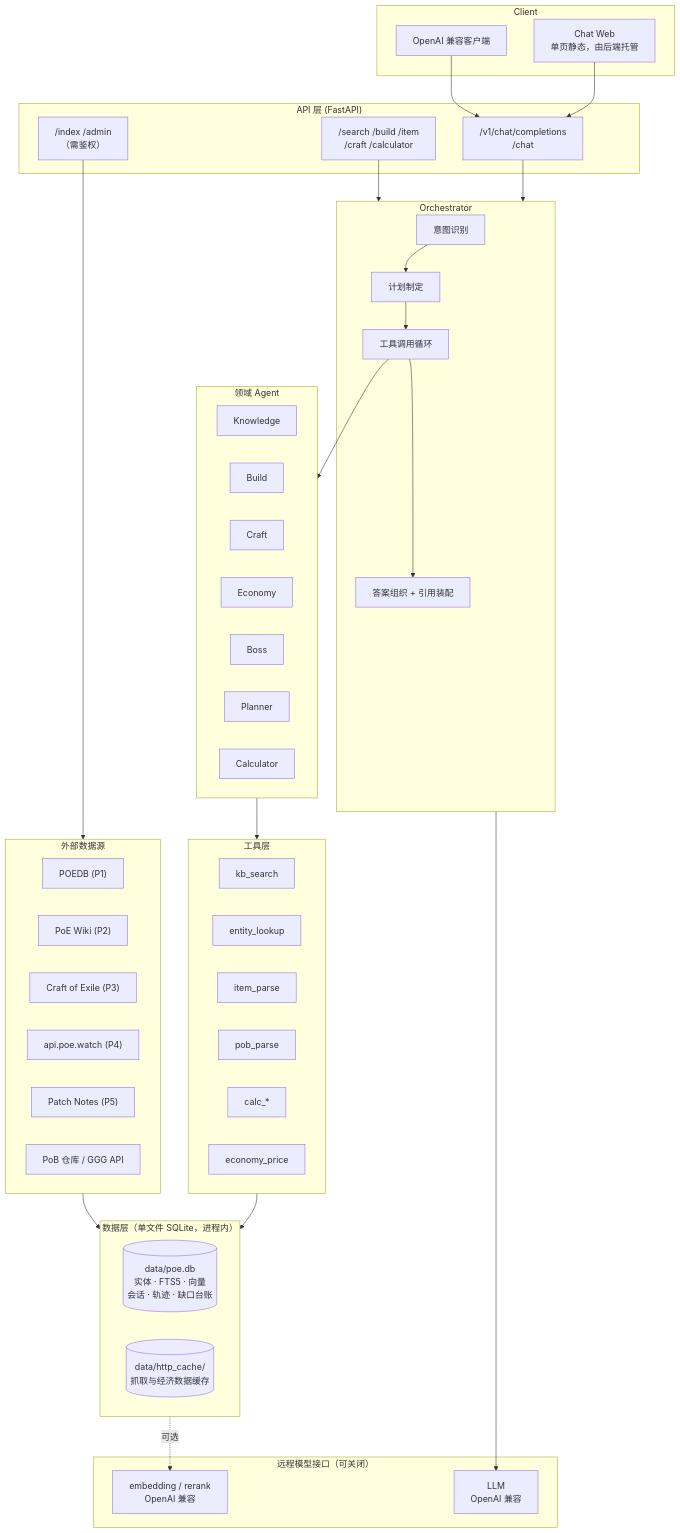
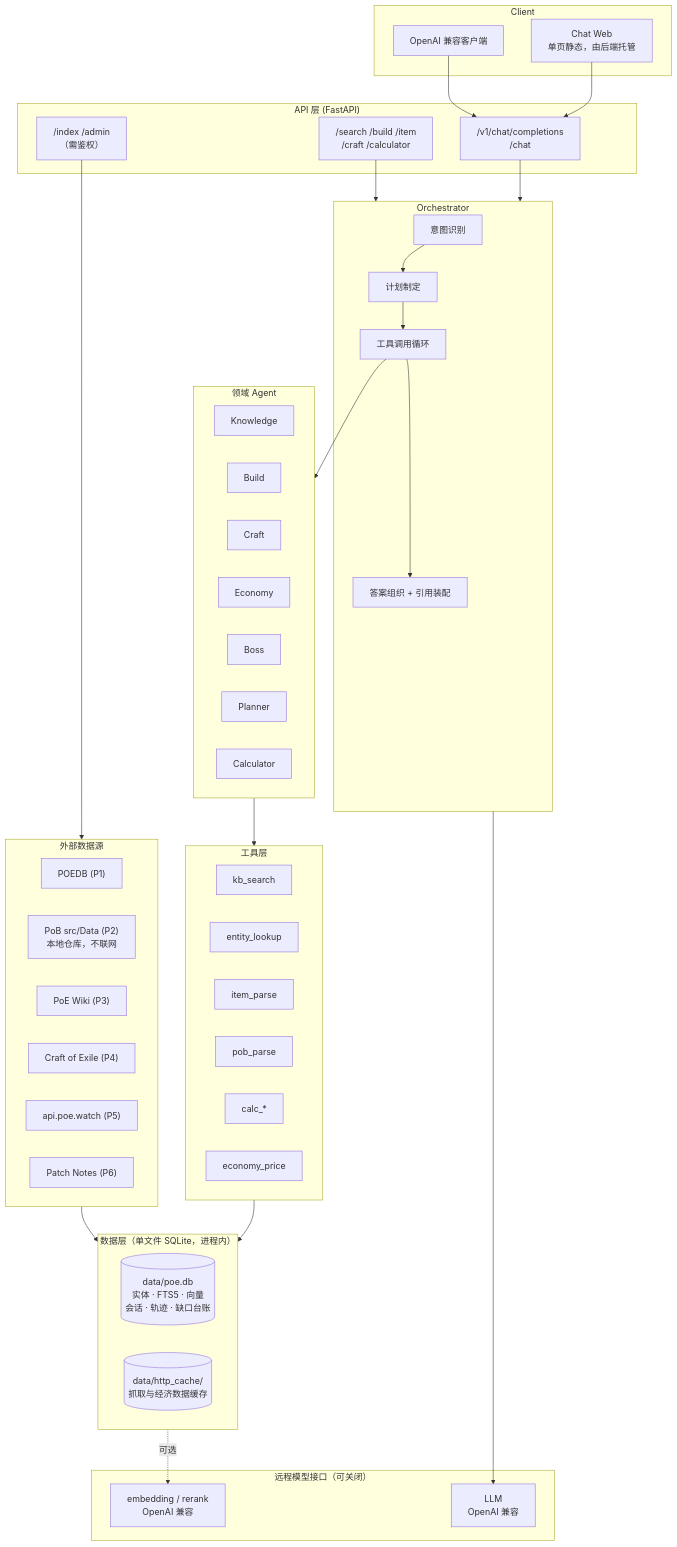
The first of 3 diagrams in .kiro/specs/poe1-agent/design.md (wangyy2113/poe-agent), drawn with Mermaid before and after one commit. The commit also changed other lines of this file and 15 other files, not shown here.

````diff
--- a/.kiro/specs/poe1-agent/design.md
+++ b/.kiro/specs/poe1-agent/design.md
@@ -34,71 +34,71 @@
 ```mermaid
 graph TB
     subgraph Client
         WEB["Chat Web<br/>单页静态，由后端托管"]
         OAI["OpenAI 兼容客户端"]
     end
 
     subgraph API["API 层 (FastAPI)"]
         CHAT["/v1/chat/completions<br/>/chat"]
         BIZ["/search /build /item<br/>/craft /calculator"]
         ADMIN["/index /admin<br/>（需鉴权）"]
     end
 
     subgraph ORCH["Orchestrator"]
         INTENT["意图识别"]
         PLAN["计划制定"]
         LOOP["工具调用循环"]
         COMPOSE["答案组织 + 引用装配"]
     end
 
     subgraph AGENTS["领域 Agent"]
         KA["Knowledge"]
         BA["Build"]
         CA["Craft"]
         EA["Economy"]
         BOSS["Boss"]
         PA["Planner"]
         CALC["Calculator"]
     end
 
     subgraph TOOLS["工具层"]
         T1["kb_search"]
         T2["entity_lookup"]
         T3["item_parse"]
         T4["pob_parse"]
         T5["calc_*"]
         T6["economy_price"]
     end
 
     subgraph DATA["数据层（单文件 SQLite，进程内）"]
         DB[("data/poe.db<br/>实体 · FTS5 · 向量<br/>会话 · 轨迹 · 缺口台账")]
         CACHE[("data/http_cache/<br/>抓取与经济数据缓存")]
     end
 
     subgraph REMOTE["远程模型接口（可关闭）"]
         EMB["embedding / rerank<br/>OpenAI 兼容"]
         LLMS["LLM<br/>OpenAI 兼容"]
     end
 
     subgraph EXT["外部数据源"]
         POEDB["POEDB (P1)"]
-        WIKI["PoE Wiki (P2)"]
-        COE["Craft of Exile (P3)"]
-        ECON["api.poe.watch (P4)"]
-        PATCH["Patch Notes (P5)"]
-        POB["PoB 仓库 / GGG API"]
+        POB["PoB src/Data (P2)<br/>本地仓库，不联网"]
+        WIKI["PoE Wiki (P3)"]
+        COE["Craft of Exile (P4)"]
+        ECON["api.poe.watch (P5)"]
+        PATCH["Patch Notes (P6)"]
     end
 
     WEB --> CHAT
     OAI --> CHAT
     CHAT --> ORCH
     BIZ --> ORCH
     INTENT --> PLAN --> LOOP --> COMPOSE
     LOOP --> AGENTS
     AGENTS --> TOOLS
     TOOLS --> DATA
     ADMIN --> EXT
     EXT --> DATA
     ORCH --> LLMS
     DATA -.可选.-> EMB
 ```
````
